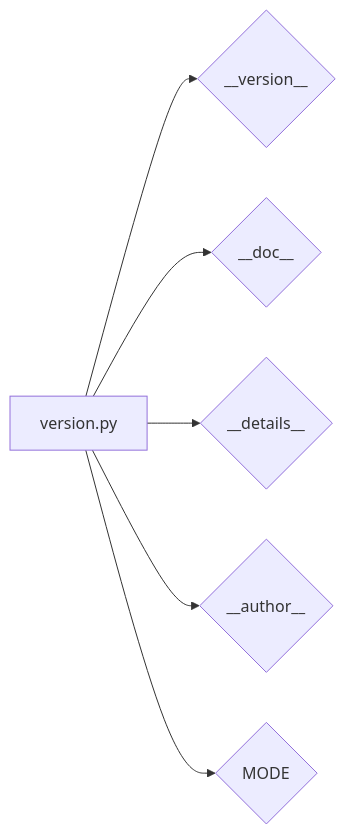
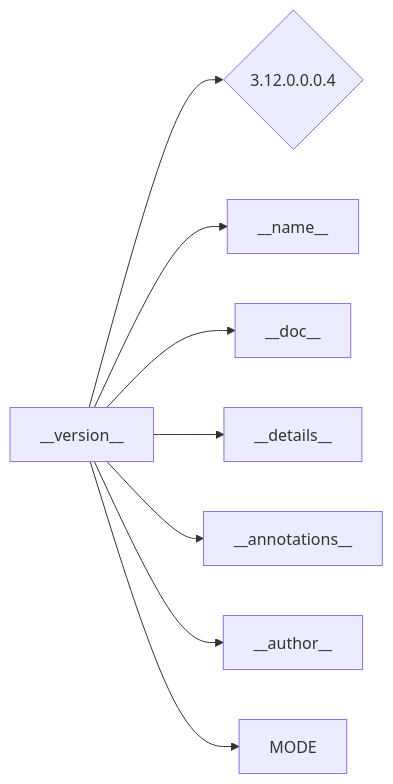
One commit to hypo69/hypo changed the diagram in docs/gemini/ru/explainer/src/ai/openai/_examples/version.md. Above: the diagram before and after it, drawn with Mermaid. The commit also changed other lines of this file and 877 other files, not shown here.

````diff
--- a/docs/gemini/ru/explainer/src/ai/openai/_examples/version.md
+++ b/docs/gemini/ru/explainer/src/ai/openai/_examples/version.md
@@ -76,9 +71,10 @@
 ```mermaid
 graph LR
-    A[version.py] --> B{__version__};
-    A --> C{__doc__};
-    A --> D{__details__};
-    A --> E{__author__};
-    A --> F{MODE};
-
+    A[__version__] --> B{3.12.0.0.0.4};
+    A --> C[__name__];
+    A --> D[__doc__];
+    A --> E[__details__];
+    A --> F[__annotations__];
+    A --> G[__author__];
+    A --> H[MODE];
 ```
````
